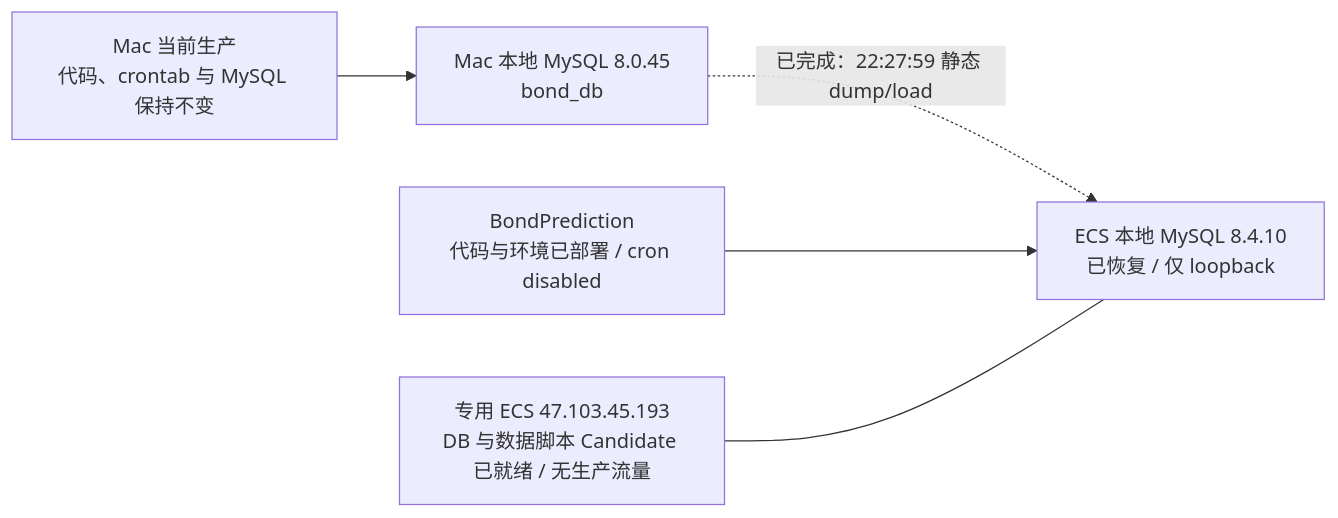
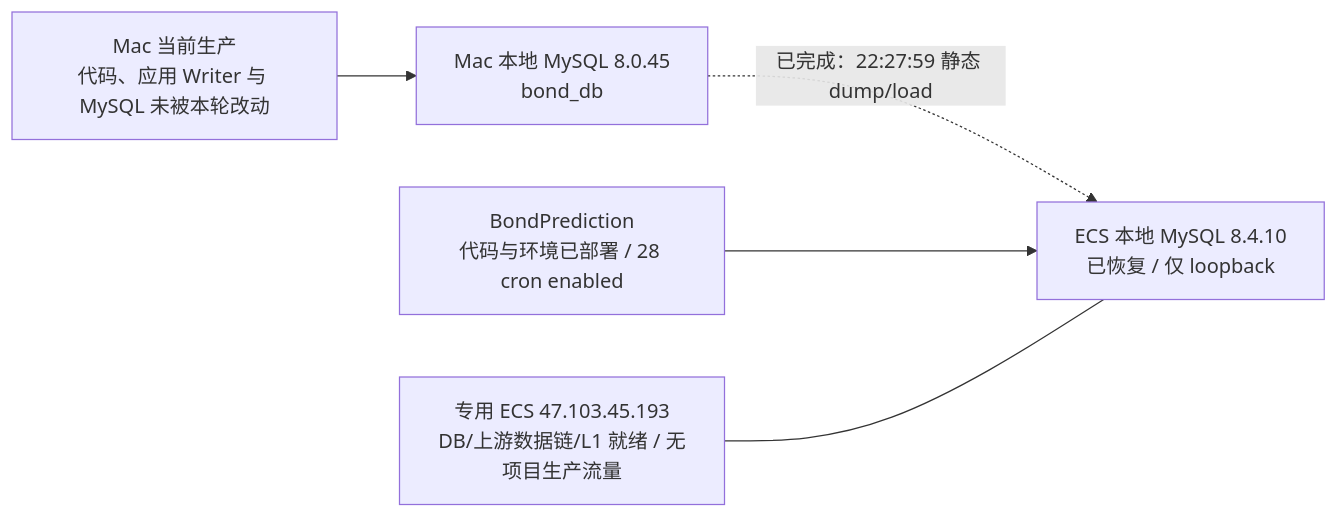
Before and after one commit to lucky1day/finlab-graylab: the first of 3 diagrams in docs/operations/ALIYUN_MIGRATION_ASSESSMENT.md, drawn with Mermaid. The commit also changed other lines of this file, not shown here.

````diff
--- a/docs/operations/ALIYUN_MIGRATION_ASSESSMENT.md
+++ b/docs/operations/ALIYUN_MIGRATION_ASSESSMENT.md
@@ -183,12 +206,12 @@
 ```mermaid
 flowchart LR
-    C["专用 ECS 47.103.45.193\nDB 与数据脚本 Candidate 已就绪 / 无生产流量"]
-    M["Mac 当前生产\n代码、crontab 与 MySQL 保持不变"]
+    C["专用 ECS 47.103.45.193\nDB/上游数据链/L1 就绪 / 无项目生产流量"]
+    M["Mac 当前生产\n代码、应用 Writer 与 MySQL 未被本轮改动"]
     D["Mac 本地 MySQL 8.0.45\nbond_db"]
     L["ECS 本地 MySQL 8.4.10\n已恢复 / 仅 loopback"]
-    B["BondPrediction\n代码与环境已部署 / cron disabled"]
+    B["BondPrediction\n代码与环境已部署 / 28 cron enabled"]
     M --> D
     D -.->|"已完成：22:27:59 静态 dump/load"| L
     B --> L
     C --- L
 ```
````
